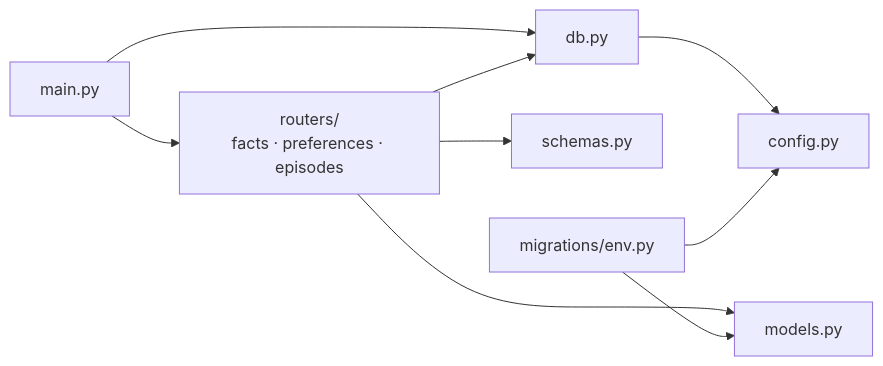
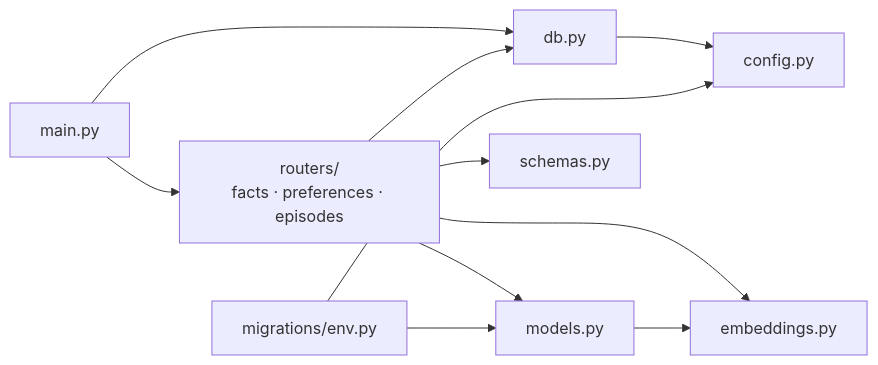
Before and after one commit to ZiadHendawy/mutable: the eighth of 23 diagrams in docs/design.md, drawn with Mermaid. The commit also changed other lines of this file and 10 other files, not shown here.

````diff
--- a/docs/design.md
+++ b/docs/design.md
@@ -584,11 +591,13 @@
 ```mermaid
 flowchart LR
     main["main.py"] --> routers["routers/<br/>facts · preferences · episodes"]
     main --> dbmod["db.py"]
     routers --> dbmod
     routers --> models["models.py"]
     routers --> schemas["schemas.py"]
+    routers --> embeddings["embeddings.py"]
+    models --> embeddings
     dbmod --> config["config.py"]
     env["migrations/env.py"] --> config
     env --> models
 ```
````
